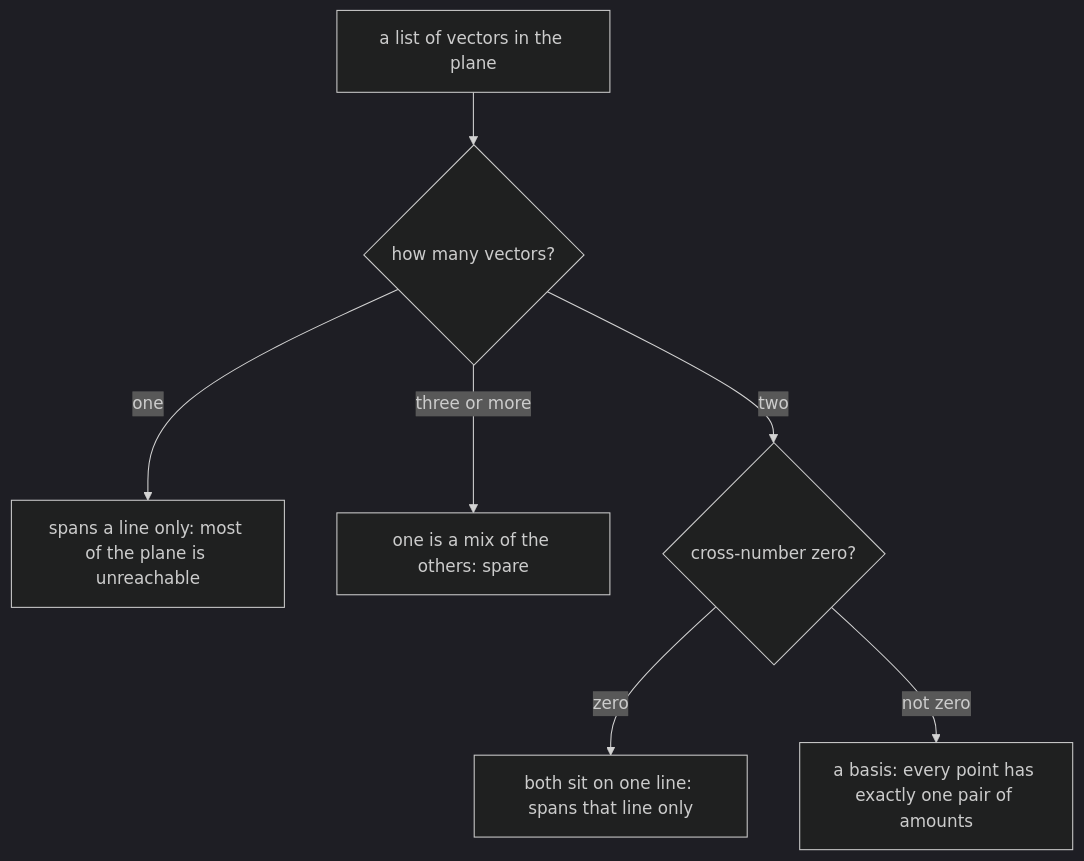
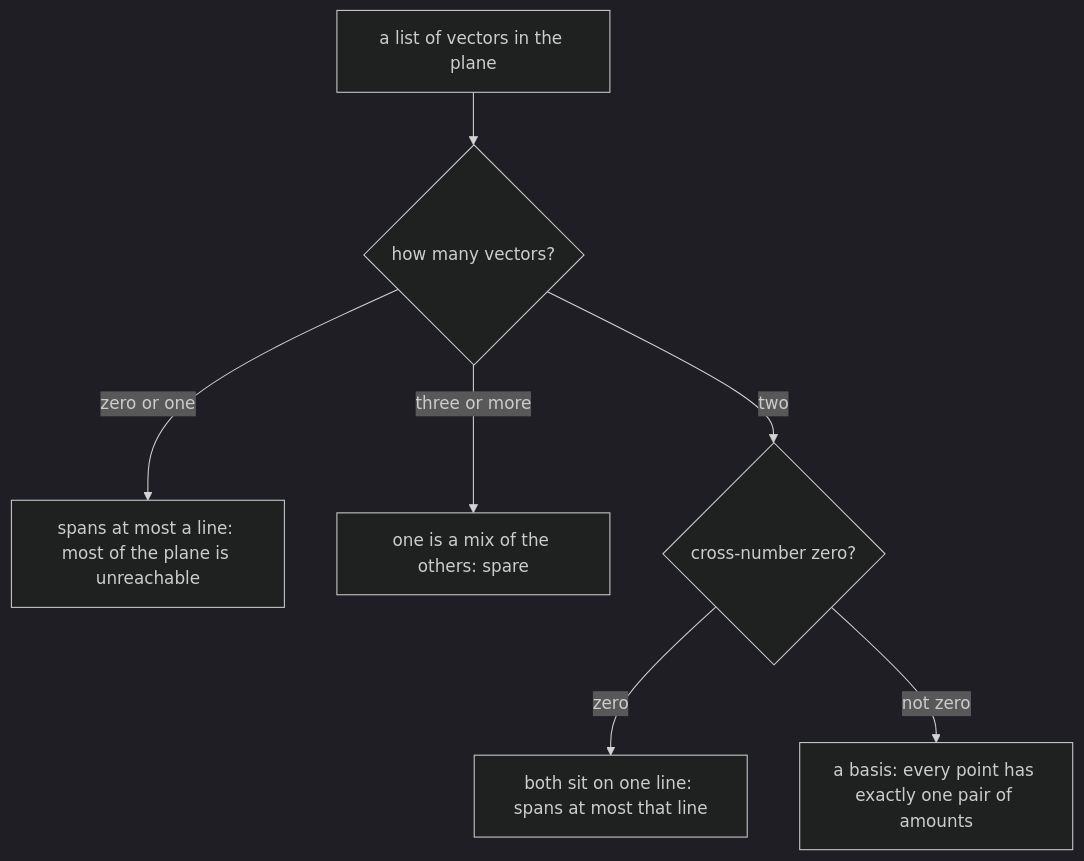
One commit to wappy-x/Mathematics changed the second of 2 diagrams in Cards/03-Algebra/03-Vectors/05-basis-and-dimension.md. Above: the diagram before and after it, drawn with Mermaid (dark theme). The commit also changed other lines of this file and 3 other files, not shown here.

Commit message:
Vectors: subspaces hold zero, linear equations, zero vectors in span, cross-number for two plane vectors, a basis of the plane

````diff
--- a/Cards/03-Algebra/03-Vectors/05-basis-and-dimension.md
+++ b/Cards/03-Algebra/03-Vectors/05-basis-and-dimension.md
@@ -72,9 +72,9 @@
 ```mermaid
 flowchart TD
   L["a list of vectors in the plane"] --> N{"how many vectors?"}
-  N -->|"one"| Short["spans a line only: most of the plane is unreachable"]
+  N -->|"zero or one"| Short["spans at most a line: most of the plane is unreachable"]
   N -->|"three or more"| Long["one is a mix of the others: spare"]
   N -->|"two"| X{"cross-number zero?"}
-  X -->|"zero"| Par["both sit on one line: spans that line only"]
+  X -->|"zero"| Par["both sit on one line: spans at most that line"]
   X -->|"not zero"| Bas["a basis: every point has exactly one pair of amounts"]
 ```
````
